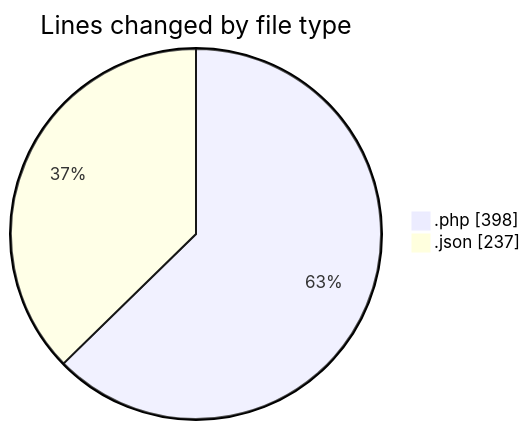
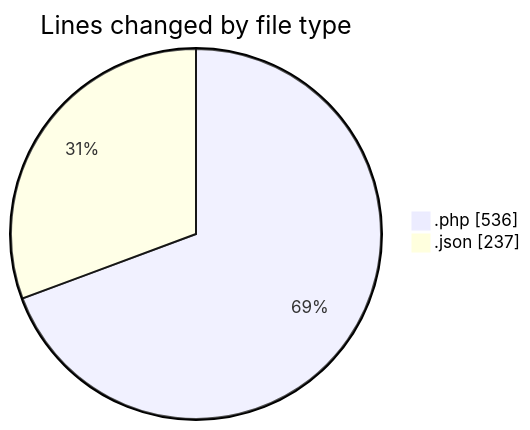
Before and after one commit to idhammustaqopulfikri/code-tracking: the first of 2 diagrams in 2025-06-17/studio-backend/README.md, drawn with Mermaid. The commit also changed other lines of this file and 1 other file, not shown here.

````diff
--- a/2025-06-17/studio-backend/README.md
+++ b/2025-06-17/studio-backend/README.md
@@ -21,6 +21,6 @@
 ```mermaid
 pie showData
 title Lines changed by file type
-".php" : 398
+".php" : 536
 ".json" : 237
 ```
````
